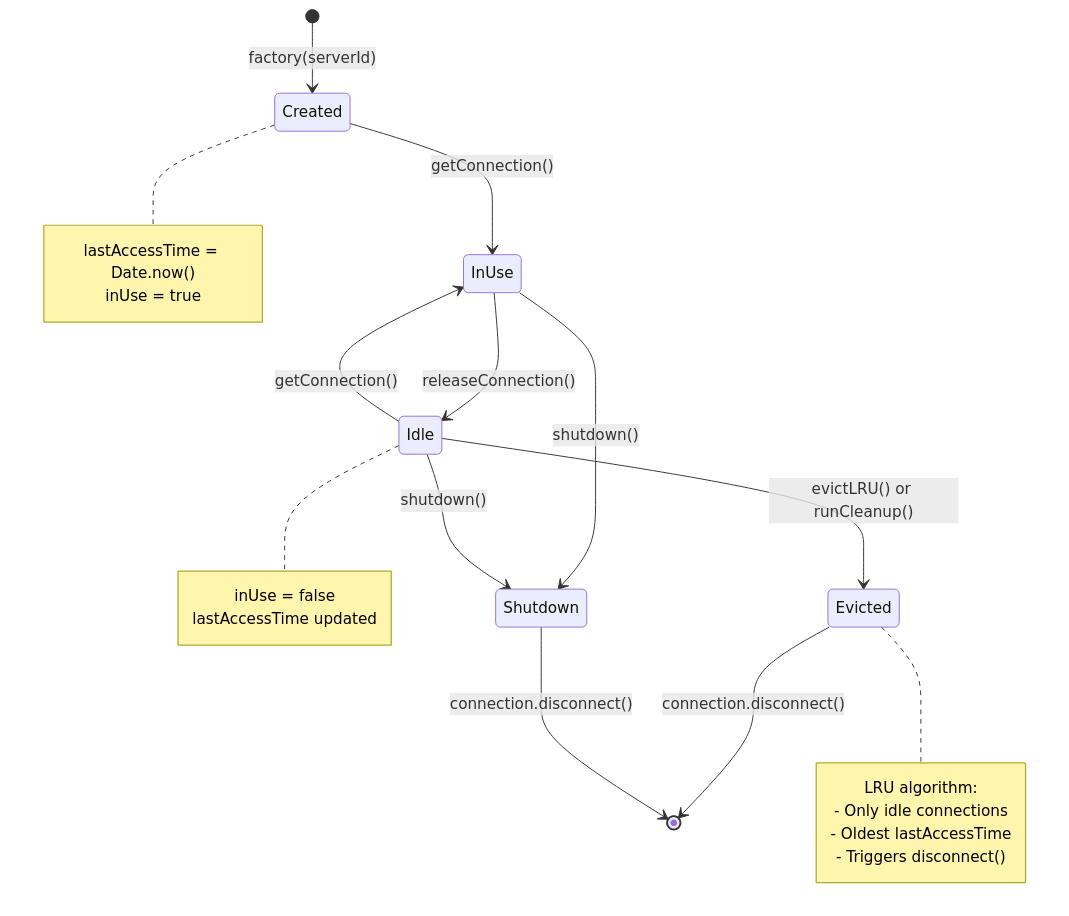
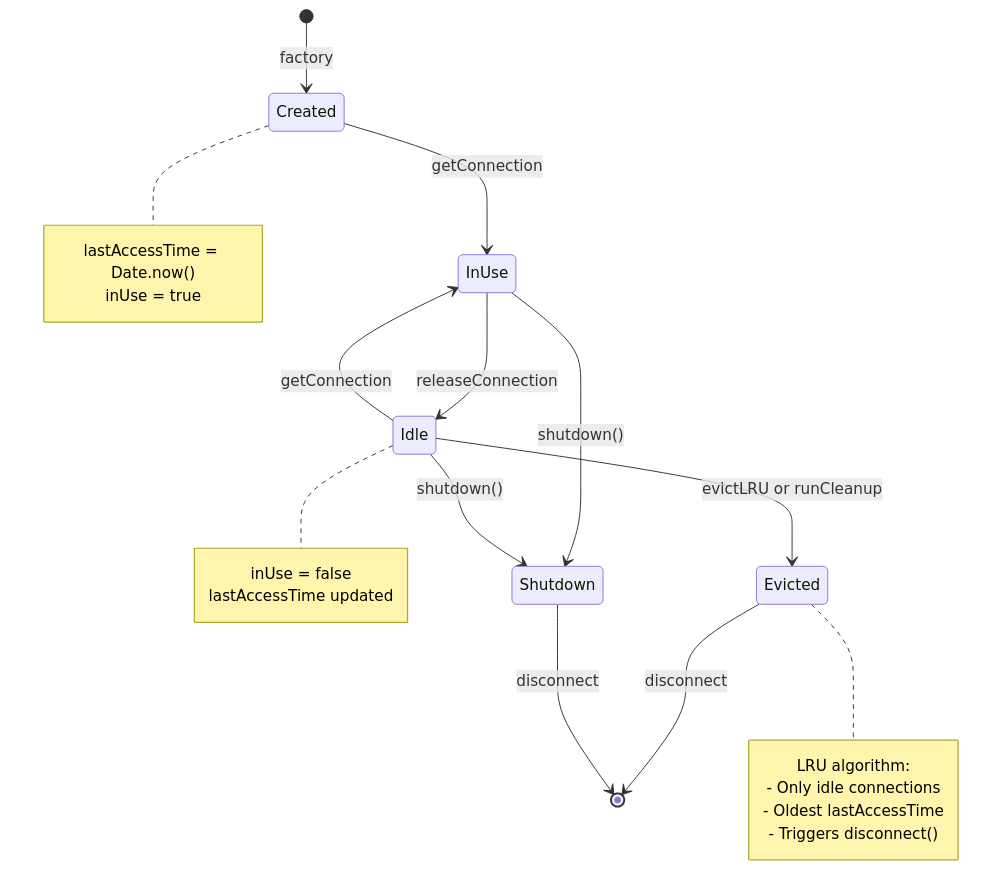
The third of 12 diagrams in projects/meta-mcp-server/docs/diagrams/05-server-pool-architecture.md (blueman82/mcp-exec), drawn with Mermaid before and after one commit. The commit also changed other lines of this file and 2 other files, not shown here.

First line of the commit message:
fix: Remove function call parentheses from Mermaid node labels

````diff
--- a/projects/meta-mcp-server/docs/diagrams/05-server-pool-architecture.md
+++ b/projects/meta-mcp-server/docs/diagrams/05-server-pool-architecture.md
@@ -103,29 +103,29 @@
 ```mermaid
 stateDiagram-v2
-    [*] --> Created: factory(serverId)
-    Created --> InUse: getConnection()
-    InUse --> Idle: releaseConnection()
-    Idle --> InUse: getConnection()
-    Idle --> Evicted: evictLRU() or runCleanup()
+    [*] --> Created: factory
+    Created --> InUse: getConnection
+    InUse --> Idle: releaseConnection
+    Idle --> InUse: getConnection
+    Idle --> Evicted: evictLRU or runCleanup
     InUse --> Shutdown: shutdown()
     Idle --> Shutdown: shutdown()
-    Evicted --> [*]: connection.disconnect()
-    Shutdown --> [*]: connection.disconnect()
+    Evicted --> [*]: disconnect
+    Shutdown --> [*]: disconnect
 
     note right of Created
         lastAccessTime = Date.now()
         inUse = true
     end note
 
     note right of Idle
         inUse = false
         lastAccessTime updated
     end note
 
     note right of Evicted
         LRU algorithm:
         - Only idle connections
         - Oldest lastAccessTime
         - Triggers disconnect()
     end note
 ```
````
